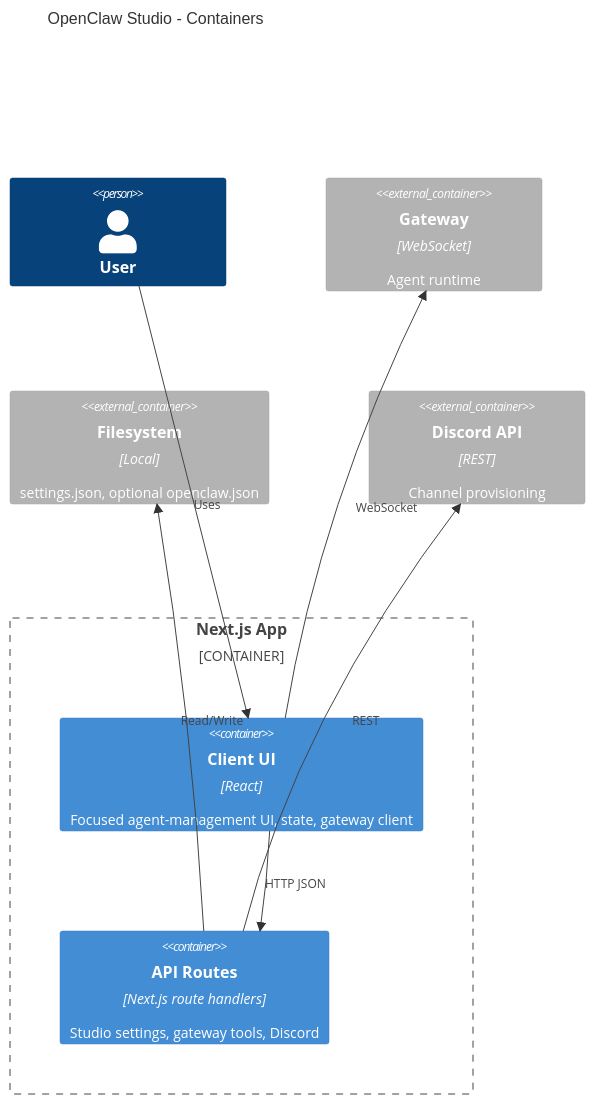
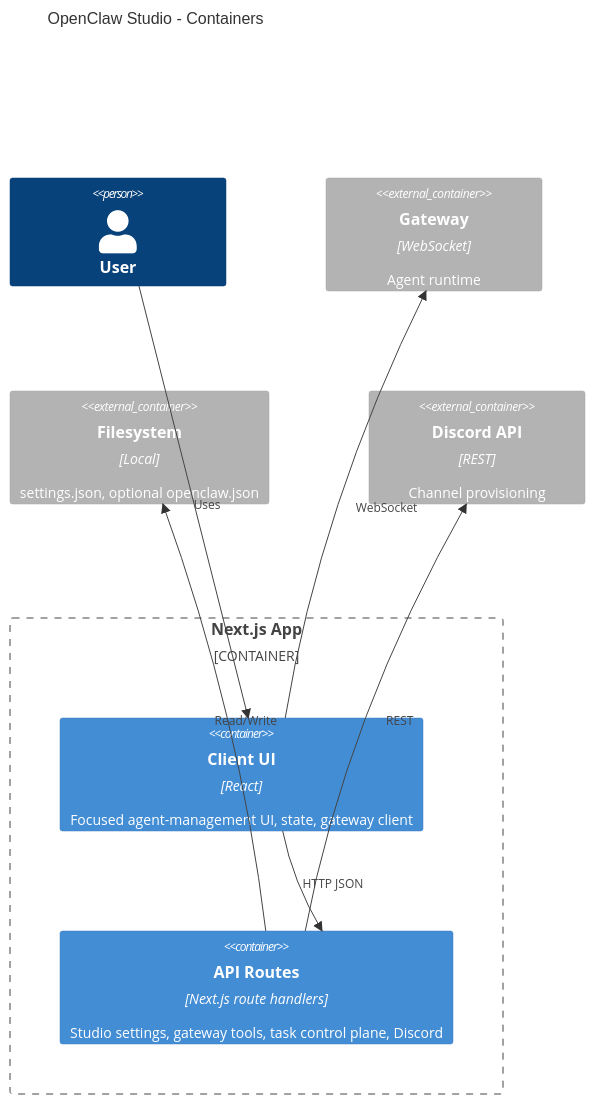
Before and after one commit to MichelCaini/openclaw-studio: the second of 2 diagrams in ARCHITECTURE.md, drawn with Mermaid. The commit also changed other lines of this file, not shown here.

Commit message:
docs: document task control plane beads boundary

````diff
--- a/ARCHITECTURE.md
+++ b/ARCHITECTURE.md
@@ -139,20 +145,20 @@
 ```mermaid
 C4Container
   title OpenClaw Studio - Containers
   Person(user, "User")
 
   Container_Boundary(app, "Next.js App") {
     Container(client, "Client UI", "React", "Focused agent-management UI, state, gateway client")
-    Container(api, "API Routes", "Next.js route handlers", "Studio settings, gateway tools, Discord")
+    Container(api, "API Routes", "Next.js route handlers", "Studio settings, gateway tools, task control plane, Discord")
   }
 
   Container_Ext(gateway, "Gateway", "WebSocket", "Agent runtime")
   Container_Ext(fs, "Filesystem", "Local", "settings.json, optional openclaw.json")
   Container_Ext(discord, "Discord API", "REST", "Channel provisioning")
 
   Rel(user, client, "Uses")
   Rel(client, api, "HTTP JSON")
   Rel(client, gateway, "WebSocket")
   Rel(api, fs, "Read/Write")
   Rel(api, discord, "REST")
 ```
````
